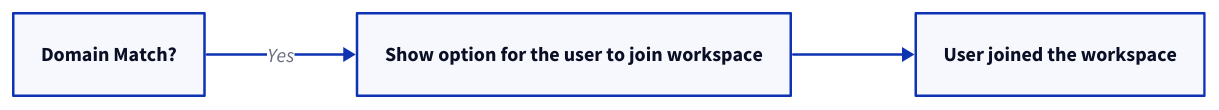
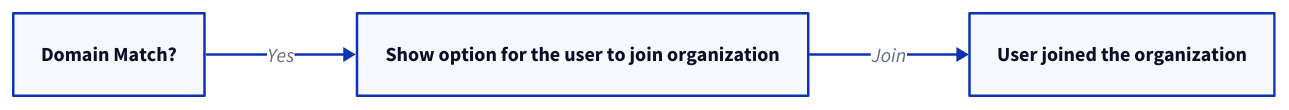
The diagram in src/content/docs/fsa/guides/allowed-email-domains.mdx (scalekit-inc/developer-docs), drawn with D2 before and after one commit. The commit also changed other lines of this file and 1 other file, not shown here.

````diff
--- a/src/content/docs/fsa/guides/allowed-email-domains.mdx
+++ b/src/content/docs/fsa/guides/allowed-email-domains.mdx
@@ -32,12 +32,12 @@
 ```d2
 direction: right
 
 
 domain_match: "Domain Match?"
-suggest_org: "Show option for the user to join workspace"
-join_create: "User joined the workspace"
+suggest_org: "Show option for the user to join organization"
+join_create: "User joined the organization"
 
 domain_match -> suggest_org: "Yes"
-suggest_org -> join_create: ""
+suggest_org -> join_create: "Join"
 
 ```
````
